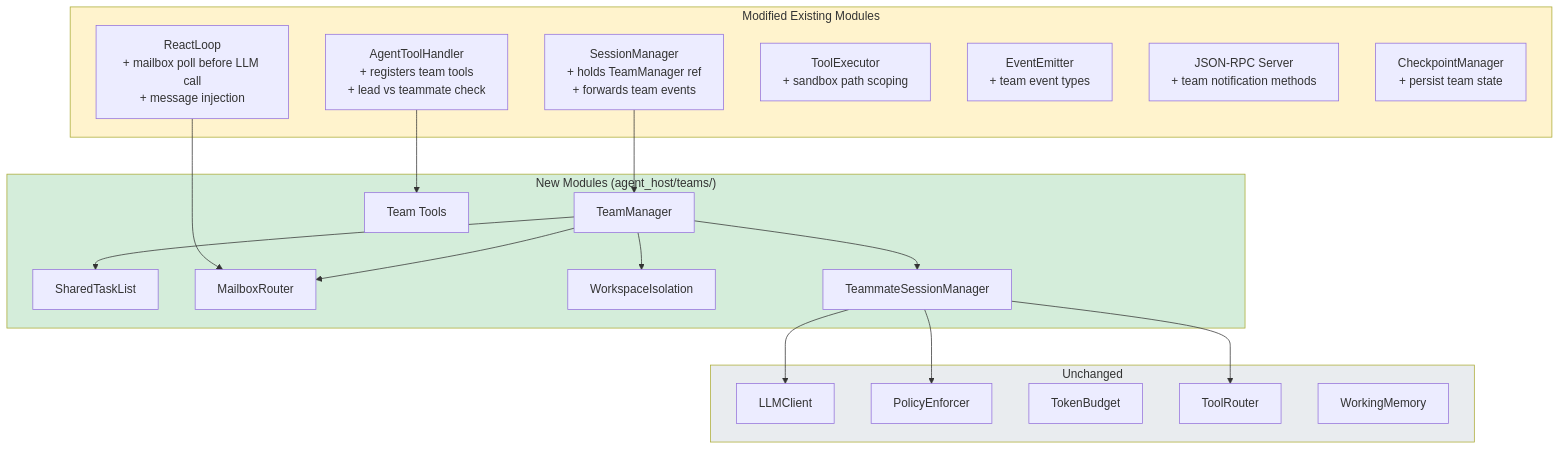
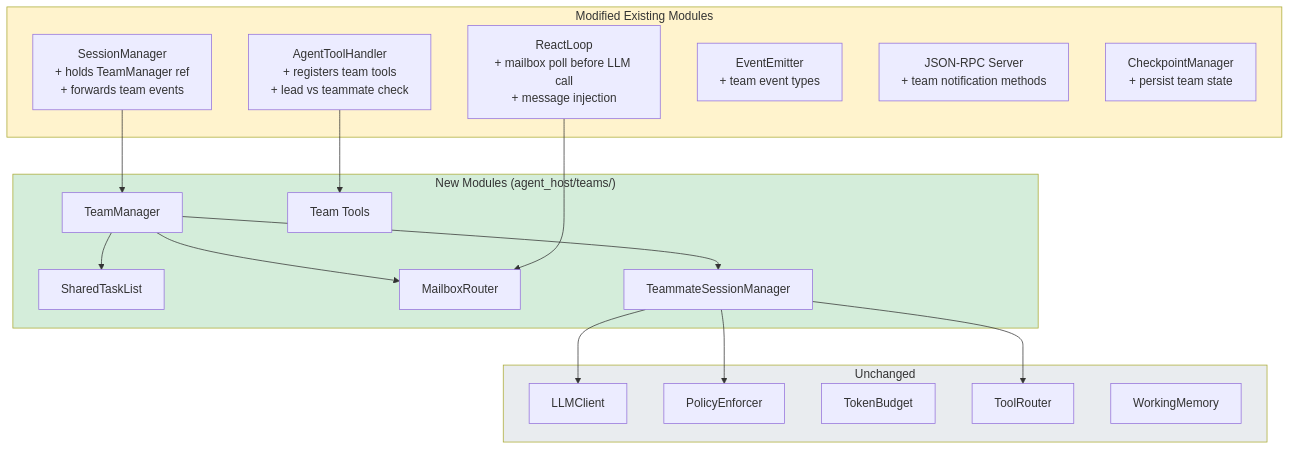
The eighth of 9 diagrams in docs/components/agent-teams.md (suman724/cowork-infra), drawn with Mermaid before and after one commit. The commit also changed other lines of this file, not shown here.

First line of the commit message:
docs(agent-teams): simplify to shared workspace, remove isolation strategies

````diff
--- a/docs/components/agent-teams.md
+++ b/docs/components/agent-teams.md
@@ -1179,43 +957,40 @@
 ```mermaid
 flowchart TB
     subgraph New["New Modules (agent_host/teams/)"]
         style New fill:#d4edda
         TM[TeamManager]
         TL[SharedTaskList]
         MB[MailboxRouter]
-        WI[WorkspaceIsolation]
         TS[TeammateSessionManager]
         TT[Team Tools]
     end
 
     subgraph Modified["Modified Existing Modules"]
         style Modified fill:#fff3cd
         SM[SessionManager<br/>+ holds TeamManager ref<br/>+ forwards team events]
         ATH[AgentToolHandler<br/>+ registers team tools<br/>+ lead vs teammate check]
         RL[ReactLoop<br/>+ mailbox poll before LLM call<br/>+ message injection]
-        TE[ToolExecutor<br/>+ sandbox path scoping]
         EE[EventEmitter<br/>+ team event types]
         JRPC[JSON-RPC Server<br/>+ team notification methods]
         CP[CheckpointManager<br/>+ persist team state]
     end
 
     subgraph Unchanged["Unchanged"]
         style Unchanged fill:#e9ecef
         LLM[LLMClient]
         PE[PolicyEnforcer]
         TB[TokenBudget]
         TR[ToolRouter]
         WM[WorkingMemory]
     end
 
     SM --> TM
     TM --> TL
     TM --> MB
-    TM --> WI
     TM --> TS
     ATH --> TT
     RL --> MB
     TS --> LLM
     TS --> PE
     TS --> TR
 ```
````
